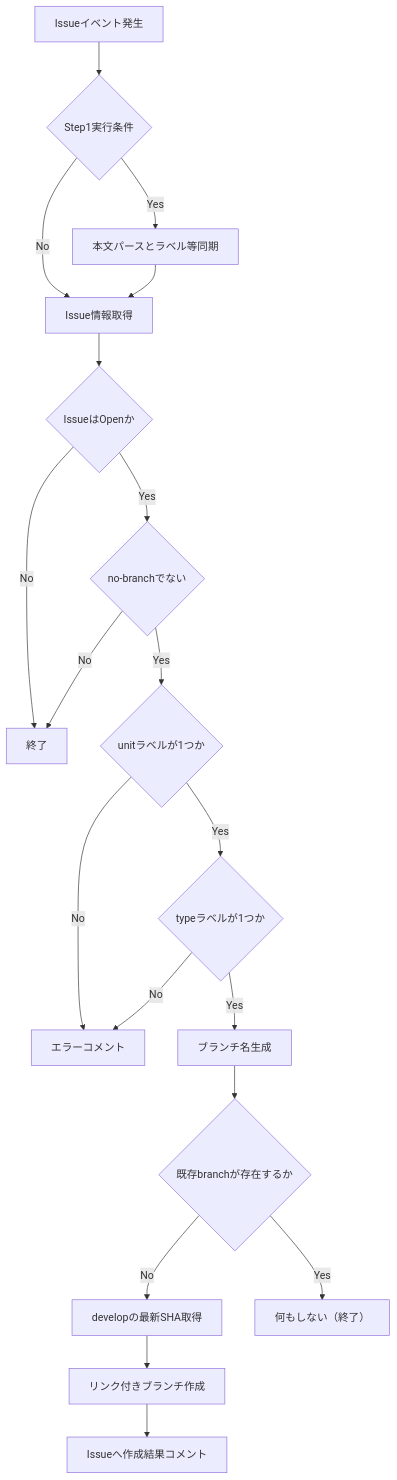
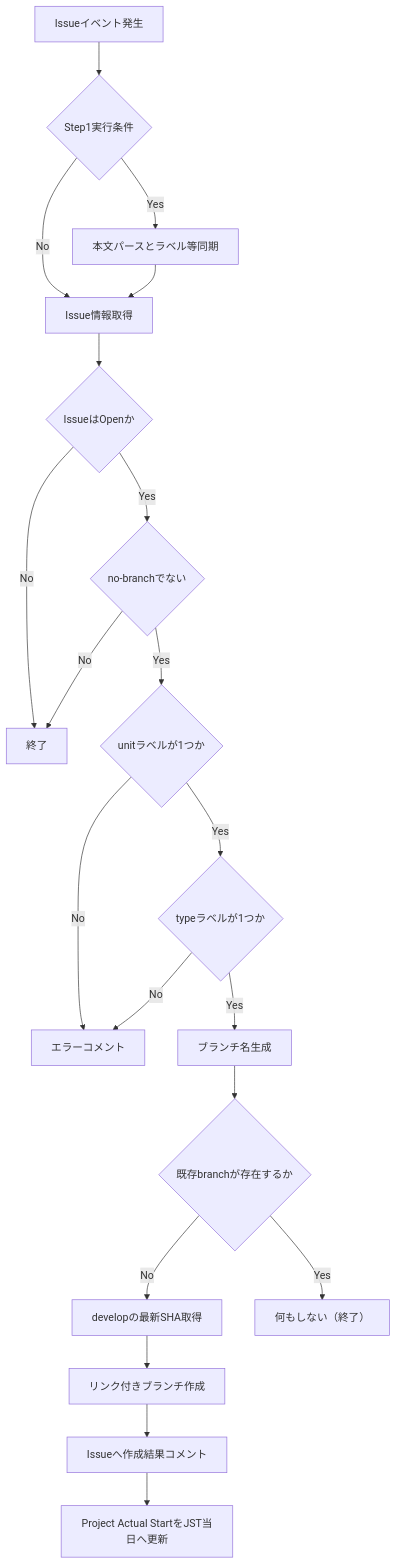
The diagram in docs/06_実装設計/github_actions/Issue同期とブランチ作成ワークフロー.md (ryo-chan-k6/GiftRecommendAPP_MVP_CYCLE_3), drawn with Mermaid before and after one commit. The commit also changed other lines of this file and 5 other files, not shown here.

````diff
--- a/docs/06_実装設計/github_actions/Issue同期とブランチ作成ワークフロー.md
+++ b/docs/06_実装設計/github_actions/Issue同期とブランチ作成ワークフロー.md
@@ -202,23 +205,24 @@
 ```mermaid
 flowchart TD
     A[Issueイベント発生] --> S0{Step1実行条件}
     S0 -- Yes --> S1[本文パースとラベル等同期]
     S0 -- No --> B[Issue情報取得]
     S1 --> B
     B --> C{IssueはOpenか}
     C -- No --> Z[終了]
     C -- Yes --> D{no-branchでない}
     D -- No --> Z
     D -- Yes --> E{unitラベルが1つか}
     E -- No --> X[エラーコメント]
     E -- Yes --> F{typeラベルが1つか}
     F -- No --> X
     F -- Yes --> G[ブランチ名生成]
     G --> H{既存branchが存在するか}
 
     H -- No --> J[developの最新SHA取得]
     J --> K[リンク付きブランチ作成]
     K --> L[Issueへ作成結果コメント]
+    L --> M[Project Actual StartをJST当日へ更新]
 
     H -- Yes --> N[何もしない（終了）]
 ```
````
